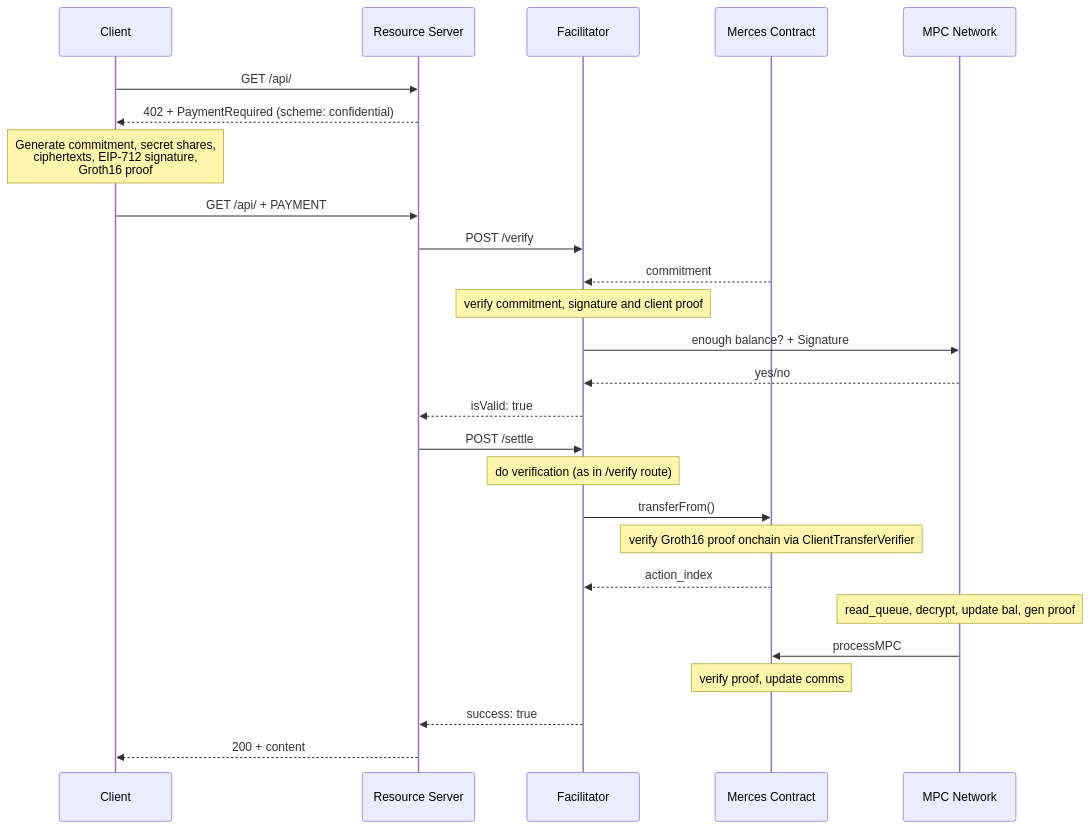
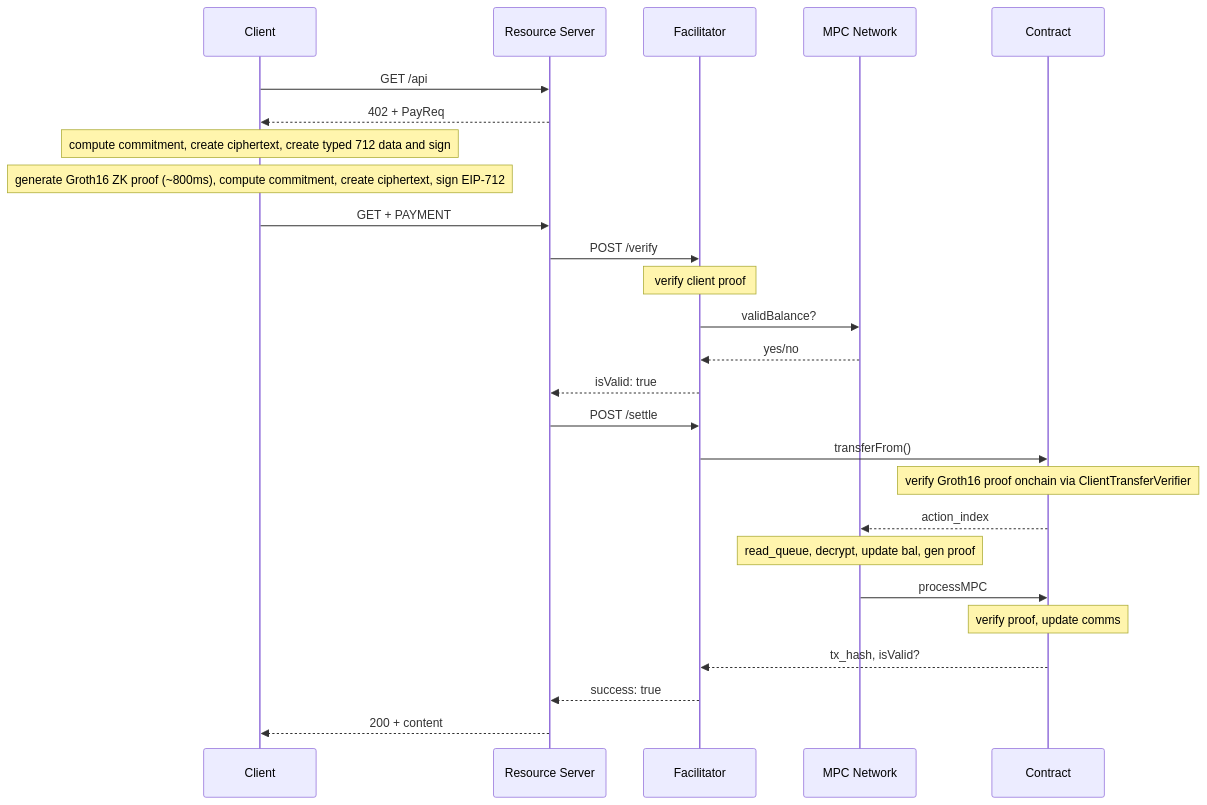
The diagram in docs/finance-solutions/x402/how-it-works.mdx (TaceoLabs/docs), drawn with Mermaid before and after one commit.

Commit message:
update mermaid

````diff
--- a/docs/finance-solutions/x402/how-it-works.mdx
+++ b/docs/finance-solutions/x402/how-it-works.mdx
@@ -39,33 +39,23 @@
 ```mermaid
 sequenceDiagram
-    participant C as Client
-    participant R as Resource Server
-    participant F as Facilitator
-    participant X as Merces Contract
-    participant M as MPC Network
-    
-
-    C->>R: GET /api/
-    R-->>C: 402 + PaymentRequired (scheme: confidential)
-
-    Note over C: Generate commitment, secret shares,<br/>ciphertexts, EIP-712 signature,<br/>Groth16 proof
-
-    C->>R: GET /api/ + PAYMENT
-
-    R->>F: POST /verify
-    X-->>F: commitment
-    Note over F: verify commitment, signature and client proof
-    F->>M: enough balance? + Signature
-    M-->>F: yes/no
-    F-->>R: isValid: true
-    R->>F: POST /settle
-    note over F: do verification (as in /verify route)
-    F->>X: transferFrom()
-    Note over X: verify Groth16 proof onchain via ClientTransferVerifier
-    X-->>F: action_index
-    Note over M: read_queue, decrypt, update bal, gen proof
-    M->>X: processMPC
-    Note over X: verify proof, update comms
-    F-->>R: success: true
-    R-->>C: 200 + content
+      Client->>Resource Server: GET /api
+      Resource Server-->>Client: 402 + PayReq
+      Note over Client: compute commitment, create ciphertext, create typed 712 data and sign
+      Note over Client: generate Groth16 ZK proof (~800ms), compute commitment, create ciphertext, sign EIP-712
+      Client->>Resource Server: GET + PAYMENT
+      Resource Server->>Facilitator: POST /verify
+      Note over Facilitator: verify client proof
+      Facilitator->>MPC Network: validBalance?
+      MPC Network-->>Facilitator: yes/no
+      Facilitator-->>Resource Server: isValid: true
+      Resource Server->>Facilitator: POST /settle
+      Facilitator->>Contract: transferFrom()
+      Note over Contract: verify Groth16 proof onchain via ClientTransferVerifier
+      Contract-->>MPC Network: action_index
+      Note over MPC Network: read_queue, decrypt, update bal, gen proof
+      MPC Network->>Contract: processMPC
+      Note over Contract: verify proof, update comms
+      Contract-->>Facilitator: tx_hash, isValid?
+      Facilitator-->>Resource Server: success: true
+      Resource Server-->>Client: 200 + content
 ```
````
